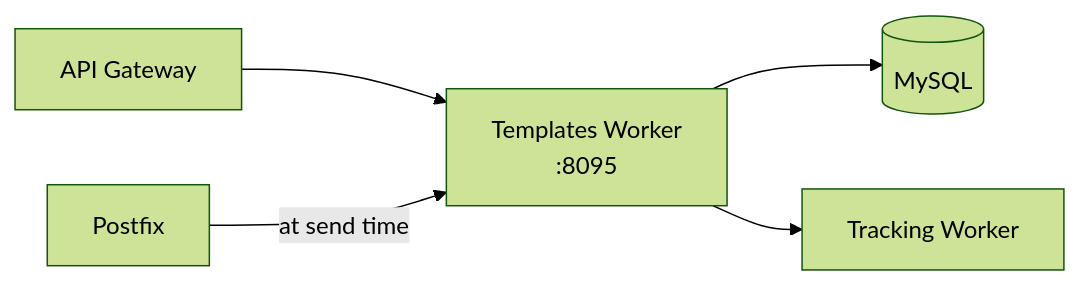
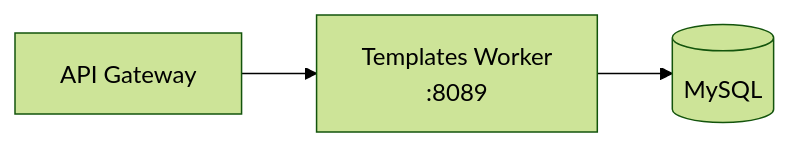
Before and after one commit to Techies-Africa/mailyte-mail-server-community: the diagram in docs/worker/templates.md, drawn with Mermaid (forest theme). The commit also changed other lines of this file and 481 other files, not shown here.

````diff
--- a/docs/worker/templates.md
+++ b/docs/worker/templates.md
@@ -20,7 +17,5 @@
 ```mermaid
 flowchart LR
-    API["API Gateway"] --> Templates["Templates Worker\n:8095"]
+    API["API Gateway"] --> Templates["Templates Worker\n:8089"]
     Templates --> MySQL[(MySQL)]
-    Templates --> Tracking["Tracking Worker"]
-    Postfix["Postfix"] -->|"at send time"| Templates
 ```
````
